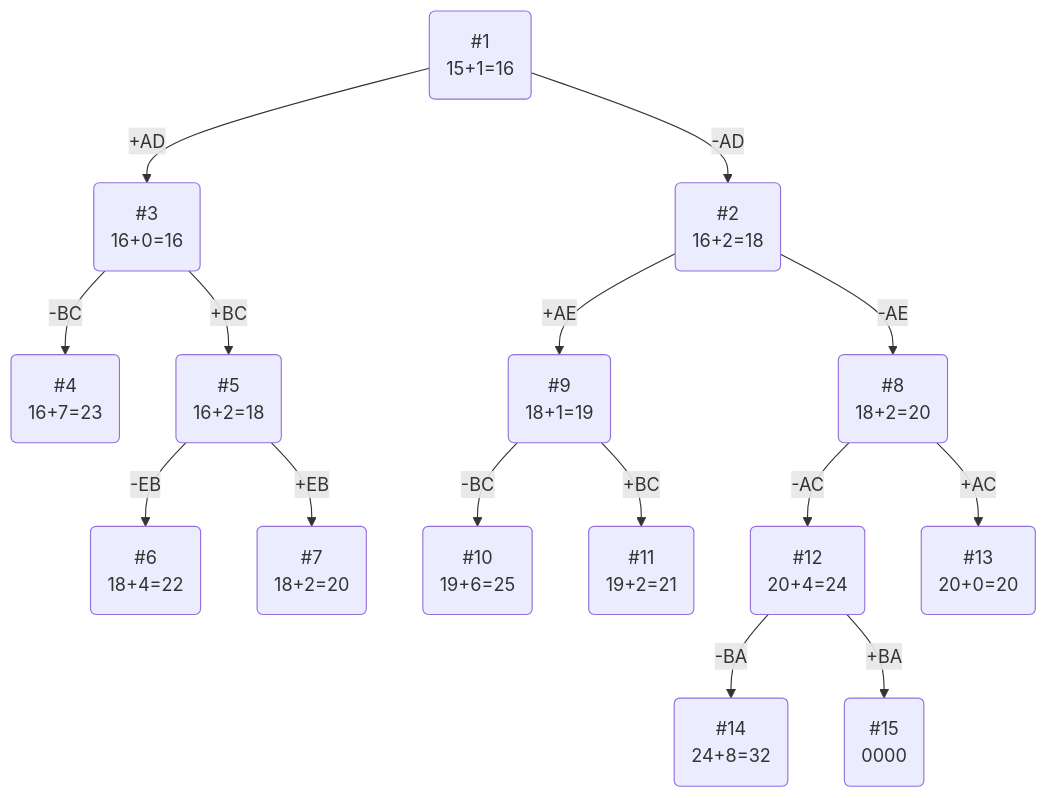
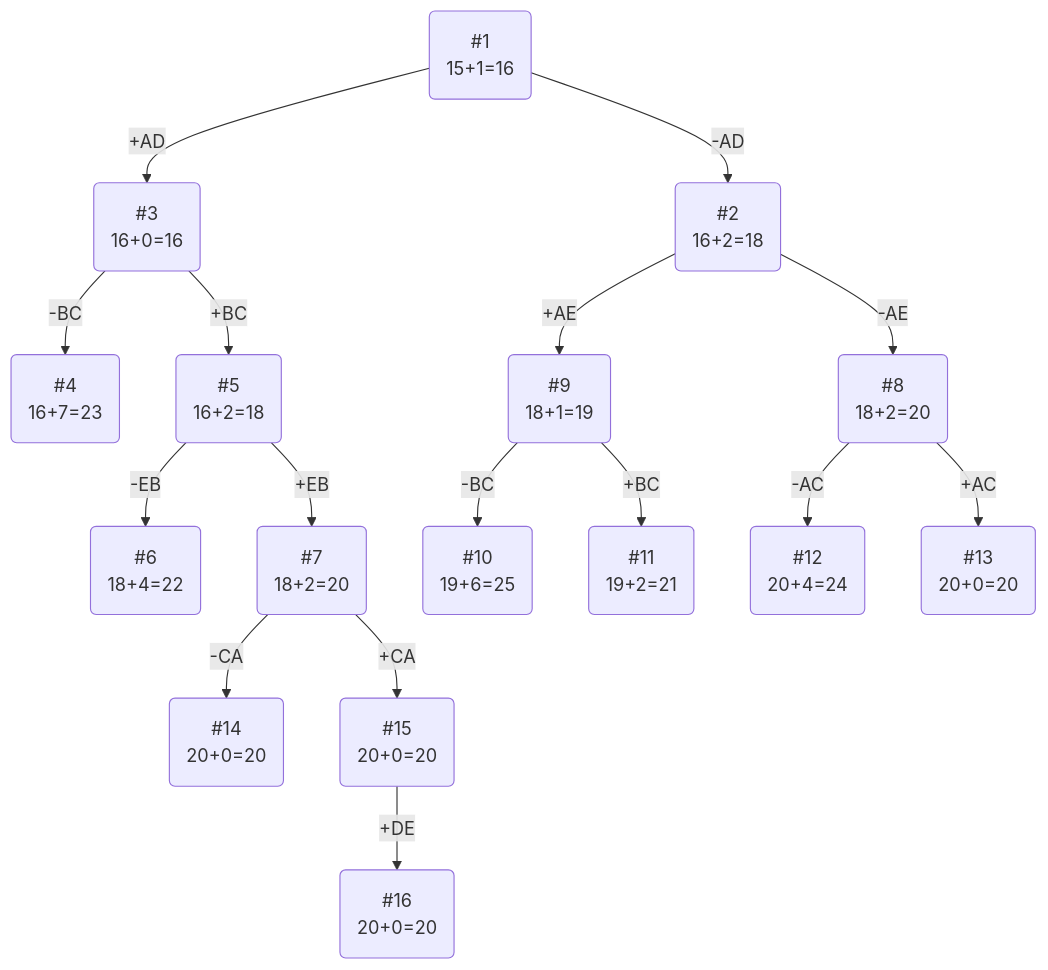
One commit to HSE-algo-23-crow/manual_tasks changed the diagram in task_20/citrine.md. Above: the diagram before and after it, drawn with Mermaid. The commit also changed other lines of this file, not shown here.

````diff
--- a/task_20/citrine.md
+++ b/task_20/citrine.md
@@ -78,17 +78,18 @@
 ```mermaid
 graph TB
     1(#1\n15+1=16)-->|-AD|2(#2\n16+2=18)
     1-->|+AD|3(#3\n16+0=16)
     3-->|-BC|4(#4\n16+7=23)
     3-->|+BC|5(#5\n16+2=18)
     5-->|-EB|6(#6\n18+4=22)
     5-->|+EB|7(#7\n18+2=20)
     2-->|-AE|8(#8\n18+2=20)
     2-->|+AE|9(#9\n18+1=19)
     9-->|-BC|10(#10\n19+6=25)
     9-->|+BC|11(#11\n19+2=21)
     8-->|-AC|12(#12\n20+4=24)
     8-->|+AC|13(#13\n20+0=20)
-    12-->|-BA|14(#14\n24+8=32)
-    12-->|+BA|15(#15\n0000)
+    7-->|-CA|14(#14\n20+0=20)
+    7-->|+CA|15(#15\n20+0=20)
+    15-->|+DE|16(#16\n20+0=20)
 ```
````
